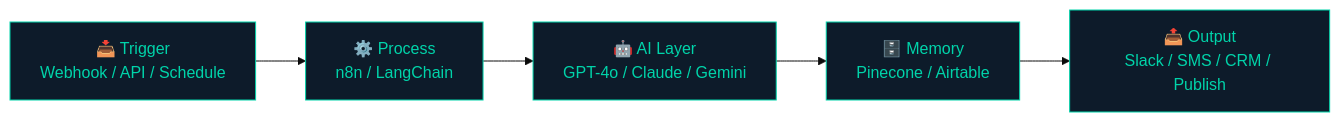
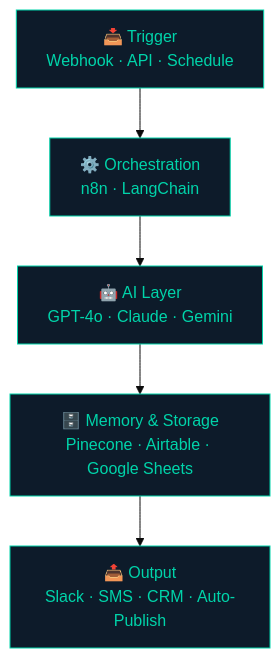
The second of 2 diagrams in README.md (Ahmad-Ali-121/Ahmad-Ali-121), drawn with Mermaid (base theme) before and after one commit. The commit also changed other lines of this file, not shown here.

First line of the commit message:
Revise flowcharts and stack descriptions in README

````diff
--- a/README.md
+++ b/README.md
@@ -104,13 +95,13 @@
 ```mermaid
-flowchart LR
-    A[📥 Trigger\nWebhook / API / Schedule] --> B[⚙️ Process\nn8n / LangChain]
-    B --> C[🤖 AI Layer\nGPT-4o / Claude / Gemini]
-    C --> D[🗄️ Memory\nPinecone / Airtable]
-    D --> E[📤 Output\nSlack / SMS / CRM / Publish]
+flowchart TD
+    A[📥 Trigger\nWebhook · API · Schedule] --> B[⚙️ Orchestration\nn8n · LangChain]
+    B --> C[🤖 AI Layer\nGPT-4o · Claude · Gemini]
+    C --> D[🗄️ Memory & Storage\nPinecone · Airtable · Google Sheets]
+    D --> E[📤 Output\nSlack · SMS · CRM · Auto-Publish]
 
     style A fill:#0D1B2A,color:#00D4AA,stroke:#00D4AA
     style B fill:#0D1B2A,color:#00D4AA,stroke:#00D4AA
     style C fill:#0D1B2A,color:#00D4AA,stroke:#00D4AA
     style D fill:#0D1B2A,color:#00D4AA,stroke:#00D4AA
     style E fill:#0D1B2A,color:#00D4AA,stroke:#00D4AA
 ```
````
